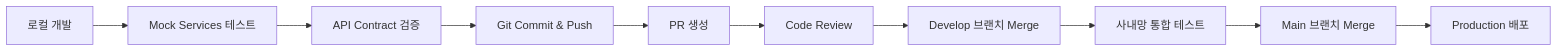
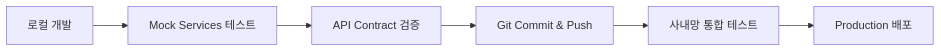
The diagram in DEV_ENVIRONMENT.md (A2G-Dev-Space/A2A-Agent-Platform), drawn with Mermaid before and after one commit. The commit also changed other lines of this file and 3 other files, not shown here.

````diff
--- a/DEV_ENVIRONMENT.md
+++ b/DEV_ENVIRONMENT.md
@@ -271,12 +271,8 @@
 ```mermaid
 graph LR
     A[로컬 개발] --> B[Mock Services 테스트]
     B --> C[API Contract 검증]
     C --> D[Git Commit & Push]
-    D --> E[PR 생성]
-    E --> F[Code Review]
-    F --> G[Develop 브랜치 Merge]
-    G --> H[사내망 통합 테스트]
-    H --> I[Main 브랜치 Merge]
-    I --> J[Production 배포]
+    D --> E[사내망 통합 테스트]
+    E --> F[Production 배포]
 ```
````
